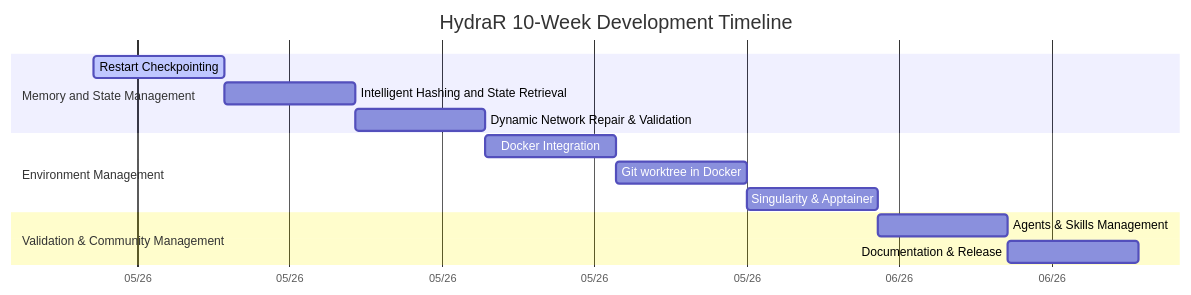
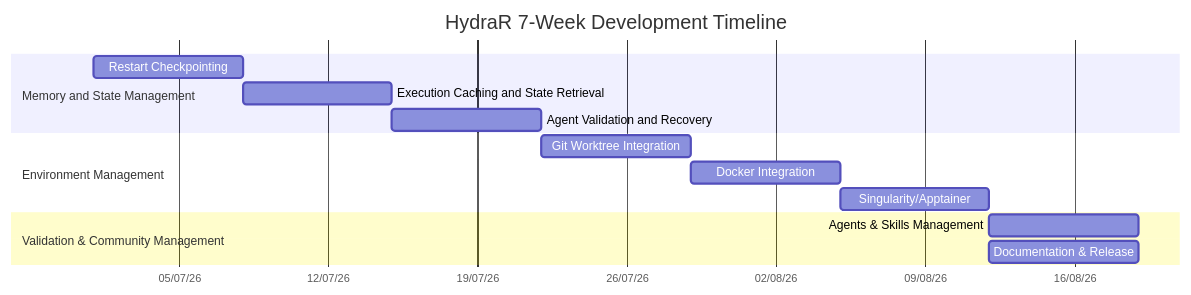
One commit to APAF-bioinformatics/Agentic_Infrastructure_Proposal changed the diagram in proposal/04-timeline.qmd. Above: the diagram before and after it, drawn with Mermaid. The commit also changed other lines of this file and 8 other files, not shown here.

````diff
--- a/proposal/04-timeline.qmd
+++ b/proposal/04-timeline.qmd
@@ -26,20 +25,20 @@
 ```{mermaid}
 gantt
-    title HydraR 10-Week Development Timeline
+    title HydraR 7-Week Development Timeline
     dateFormat  YYYY-MM-DD
-    axisFormat  %m/%y
+    axisFormat  %d/%m/%y
     
     section Memory and State Management
-    Restart Checkpointing                   :active, dev1, 2026-05-01, 6d
-    Intelligent Hashing and State Retrieval :dev2, after dev1, 6d
-    Dynamic Network Repair & Validation     :dev3, after dev2, 6d
+    Restart Checkpointing                      :dev1, 2026-07-01, 7d
+    Execution Caching and State Retrieval      :dev2, after dev1, 7d
+    Agent Validation and Recovery              :dev3, after dev2, 7d
 
     section Environment Management
-    Docker Integration                      :dev4, after dev3, 6d
-    Git worktree in Docker                  :dev5, after dev4, 6d
-    Singularity & Apptainer                 :dev6, after dev5, 6d
+    Git Worktree Integration                   :dev4, after dev3, 7d
+    Docker Integration                         :dev5, after dev4, 7d
+    Singularity/Apptainer                      :dev6, after dev5, 7d
     
     section Validation & Community Management
-    Agents & Skills Management              :dev7, after dev6, 6d
-    Documentation & Release                 :dev8, after dev7, 6d
+    Agents & Skills Management                 :dev7, after dev6, 7d
+    Documentation & Release                    :dev8, after dev6, 7d
 ```
````
